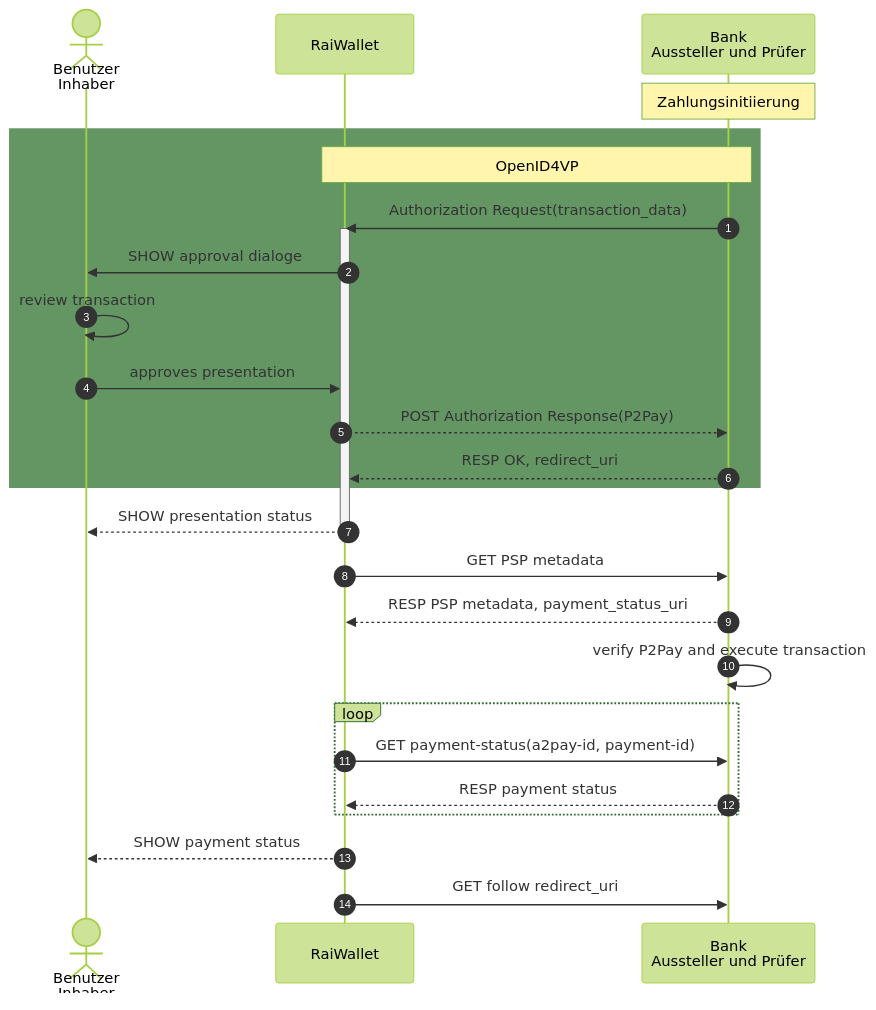
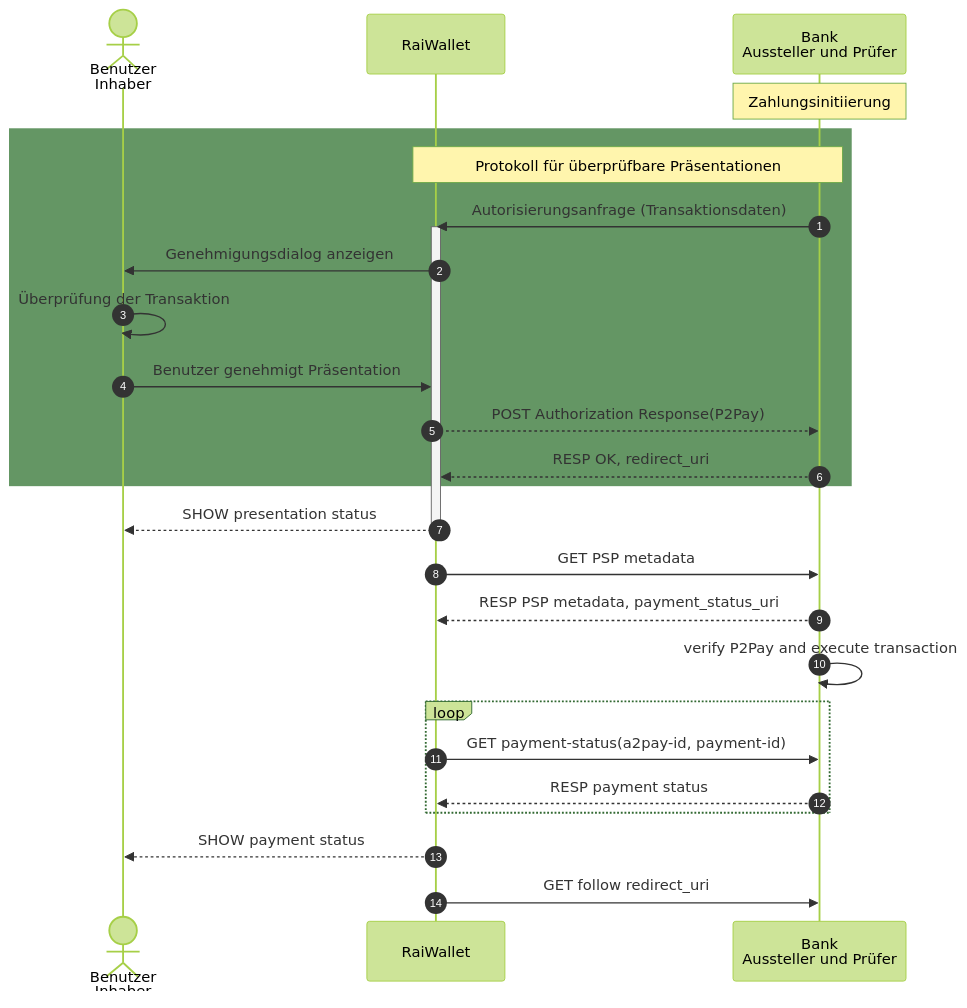
The diagram in readme.md (frogman/tomcat), drawn with Mermaid (forest theme) before and after one commit.

````diff
--- a/readme.md
+++ b/readme.md
@@ -1,33 +1,33 @@
 ```mermaid
 
 sequenceDiagram
     autonumber
     actor user as Benutzer<br/>Inhaber
     participant wallet as RaiWallet 
     participant psp as Bank<br/>Aussteller und Prüfer
 
     Note over psp: Zahlungsinitiierung
     rect rgb(100, 150, 100)
-    note over wallet, psp: OpenID4VP
-    psp ->> wallet: Authorization Request(transaction_data)
+    note over wallet, psp: Protokoll für überprüfbare Präsentationen
+    psp ->> wallet: Autorisierungsanfrage (Transaktionsdaten)
     activate wallet
-    wallet ->> user: SHOW approval dialoge
-    user ->> user: review transaction
-    user ->> wallet: approves presentation
+    wallet ->> user: Genehmigungsdialog anzeigen
+    user ->> user: Überprüfung der Transaktion
+    user ->> wallet: Benutzer genehmigt Präsentation
     wallet -->> psp: POST Authorization Response(P2Pay)
     psp -->> wallet: RESP OK, redirect_uri
     end
     wallet -->> user: SHOW presentation status
     deactivate wallet
     wallet ->> psp: GET PSP metadata
     psp -->> wallet: RESP PSP metadata, payment_status_uri
     psp ->> psp: verify P2Pay and execute transaction
     loop
     wallet ->> psp: GET payment-status(a2pay-id, payment-id)
 
     psp -->> wallet: RESP payment status 
     end
     wallet -->> user: SHOW payment status
     wallet ->> psp: GET follow redirect_uri
 
 ```
````
